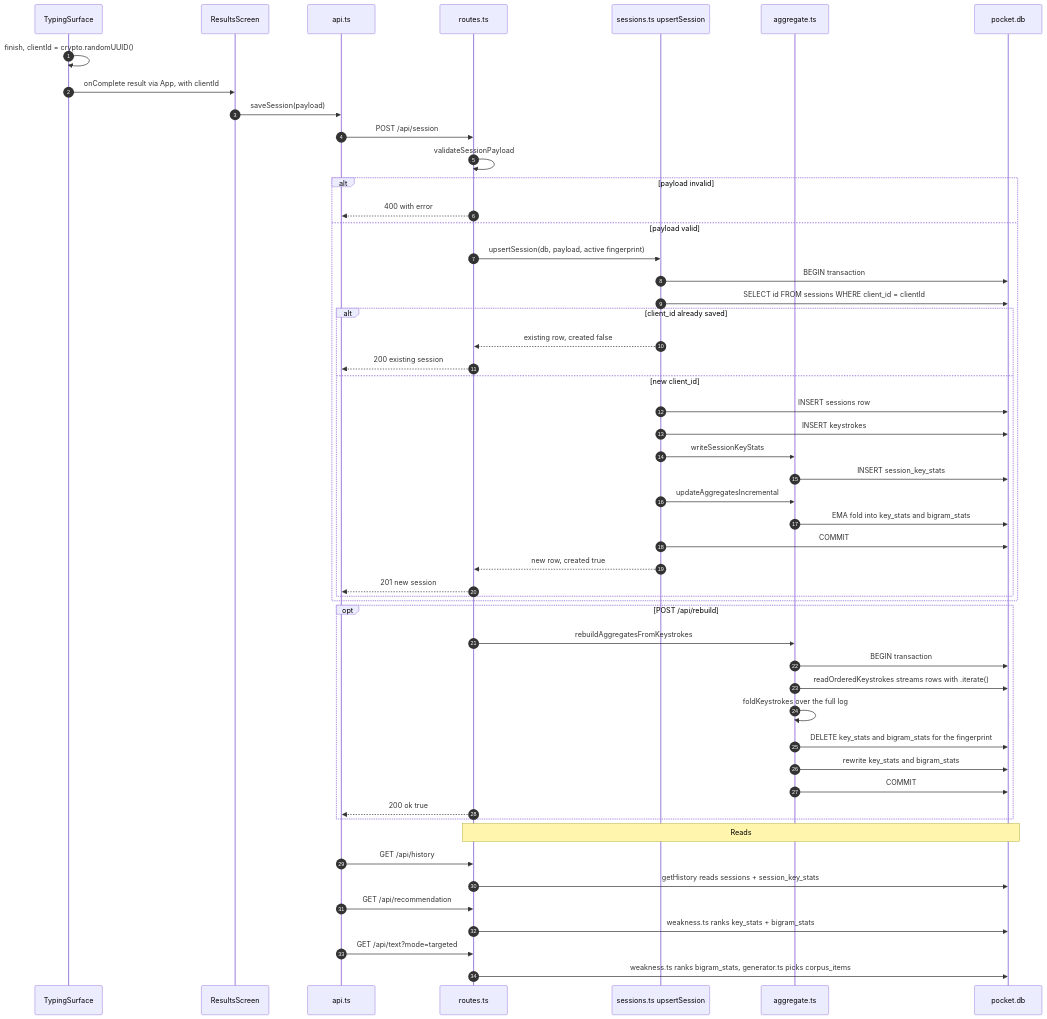
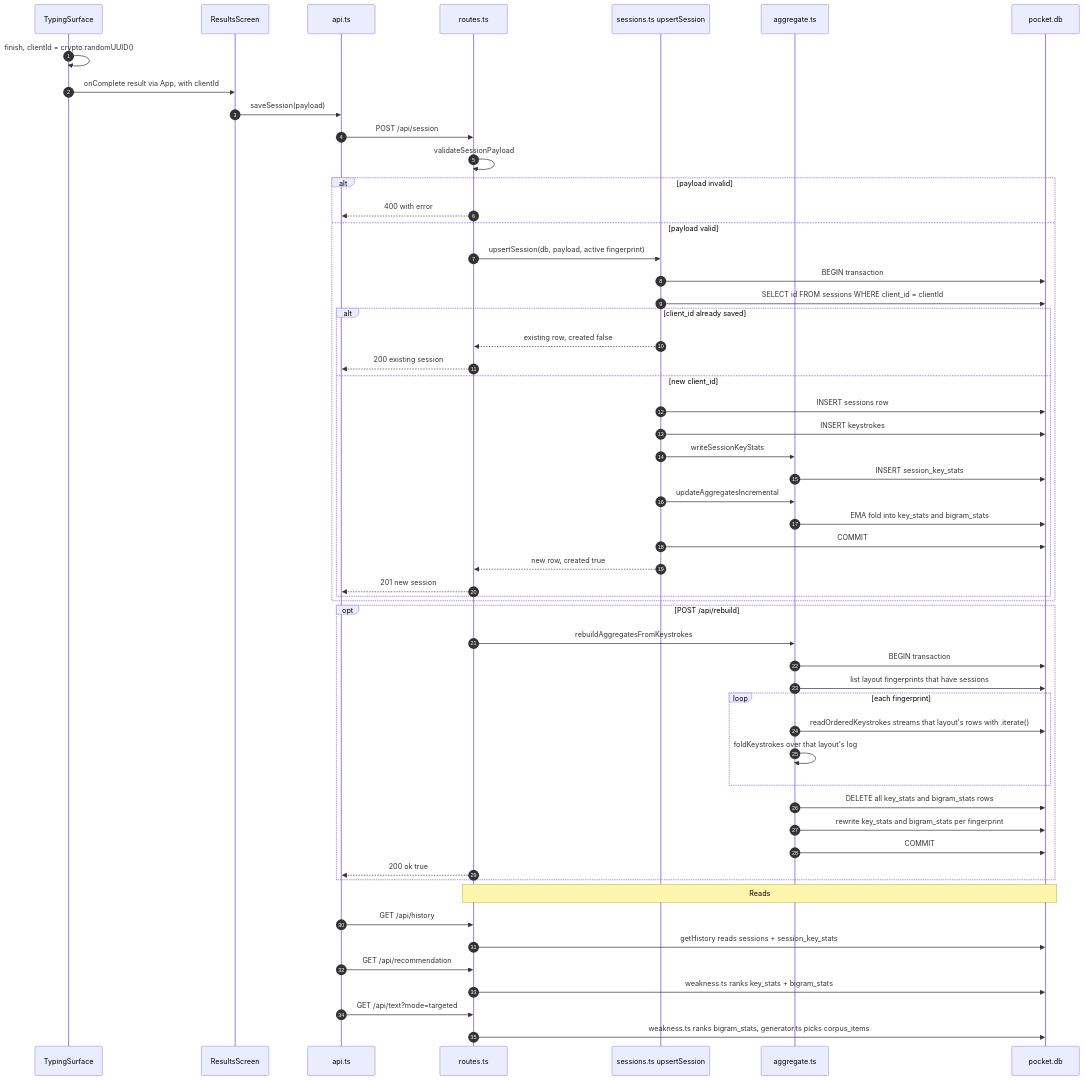
Before and after one commit to stevebargelt/pocket: the third of 3 diagrams in docs/architecture/diagrams.md, drawn with Mermaid. The commit also changed other lines of this file and 3 other files, not shown here.

First line of the commit message:
fix(server): rebuild each layout's stats from that layout's keystrokes only (PKT-13) (#13)

````diff
--- a/docs/architecture/diagrams.md
+++ b/docs/architecture/diagrams.md
@@ -140,57 +140,60 @@
 ```mermaid
 sequenceDiagram
   autonumber
   participant TS as TypingSurface
   participant RS as ResultsScreen
   participant API as api.ts
   participant R as routes.ts
   participant S as sessions.ts upsertSession
   participant A as aggregate.ts
   participant DB as pocket.db
 
   TS->>TS: finish, clientId = crypto.randomUUID()
   TS->>RS: onComplete result via App, with clientId
   RS->>API: saveSession(payload)
   API->>R: POST /api/session
   R->>R: validateSessionPayload
   alt payload invalid
     R-->>API: 400 with error
   else payload valid
     R->>S: upsertSession(db, payload, active fingerprint)
     S->>DB: BEGIN transaction
     S->>DB: SELECT id FROM sessions WHERE client_id = clientId
     alt client_id already saved
       S-->>R: existing row, created false
       R-->>API: 200 existing session
     else new client_id
       S->>DB: INSERT sessions row
       S->>DB: INSERT keystrokes
       S->>A: writeSessionKeyStats
       A->>DB: INSERT session_key_stats
       S->>A: updateAggregatesIncremental
       A->>DB: EMA fold into key_stats and bigram_stats
       S->>DB: COMMIT
       S-->>R: new row, created true
       R-->>API: 201 new session
     end
   end
 
   opt POST /api/rebuild
     R->>A: rebuildAggregatesFromKeystrokes
     A->>DB: BEGIN transaction
-    A->>DB: readOrderedKeystrokes streams rows with .iterate()
-    A->>A: foldKeystrokes over the full log
-    A->>DB: DELETE key_stats and bigram_stats for the fingerprint
-    A->>DB: rewrite key_stats and bigram_stats
+    A->>DB: list layout fingerprints that have sessions
+    loop each fingerprint
+      A->>DB: readOrderedKeystrokes streams that layout's rows with .iterate()
+      A->>A: foldKeystrokes over that layout's log
+    end
+    A->>DB: DELETE all key_stats and bigram_stats rows
+    A->>DB: rewrite key_stats and bigram_stats per fingerprint
     A->>DB: COMMIT
     R-->>API: 200 ok true
   end
 
   Note over R,DB: Reads
   API->>R: GET /api/history
   R->>DB: getHistory reads sessions + session_key_stats
   API->>R: GET /api/recommendation
   R->>DB: weakness.ts ranks key_stats + bigram_stats
   API->>R: GET /api/text?mode=targeted
   R->>DB: weakness.ts ranks bigram_stats, generator.ts picks corpus_items
 ```
````
